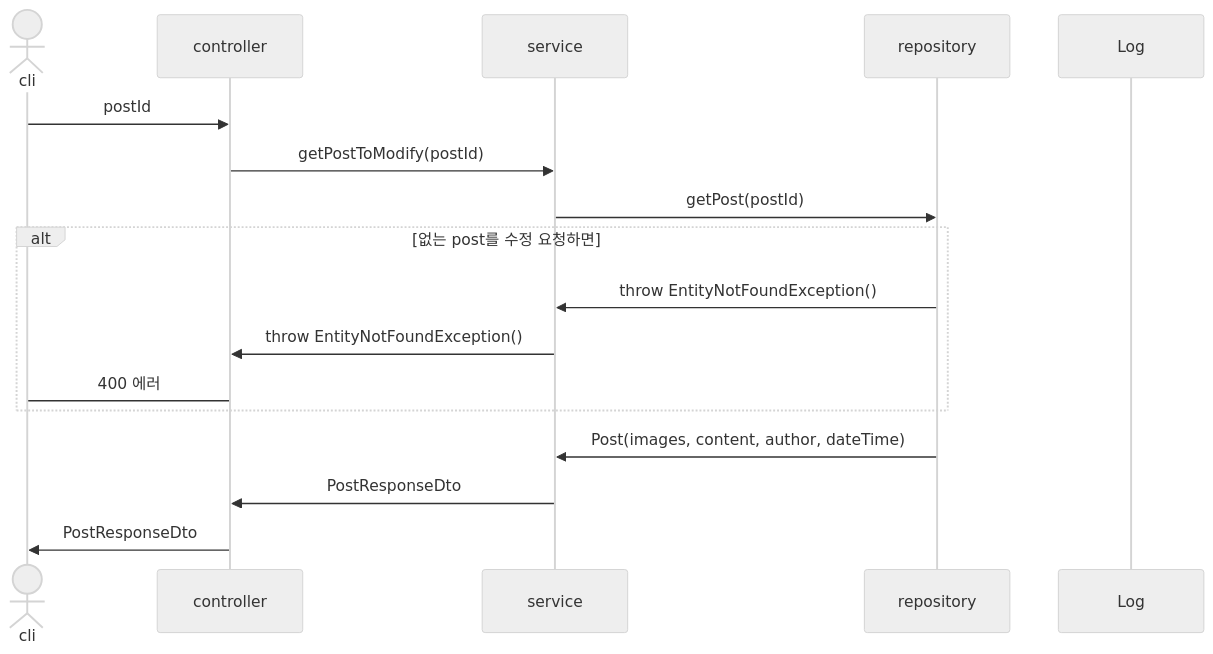
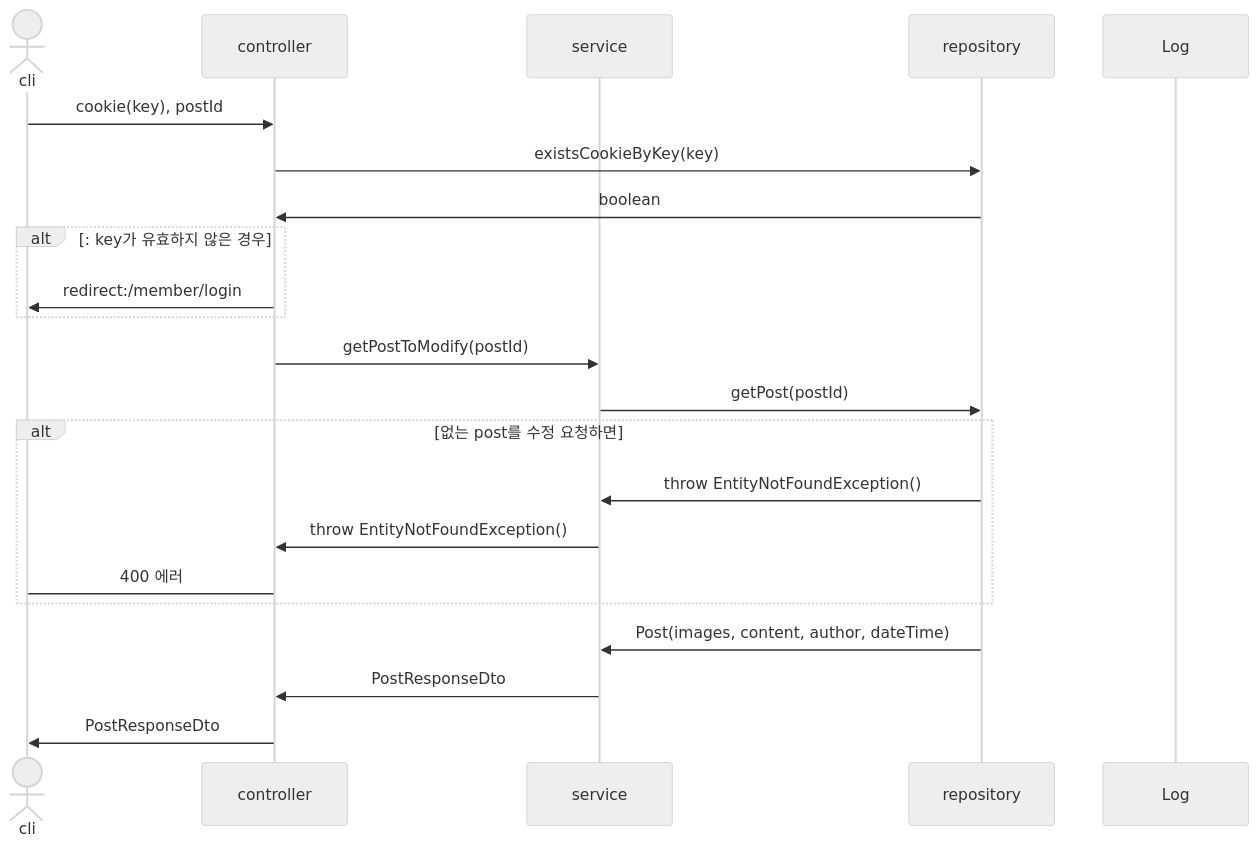
Diagram 18 of 29 in sequence.md (mtak0235/snsX), drawn with Mermaid (neutral theme) before and after one commit. The commit also changed other lines of this file, not shown here.

Commit message:
update updatePostForm & updatePost sequence diagram

````diff
--- a/sequence.md
+++ b/sequence.md
@@ -414,19 +414,25 @@
 ```mermaid
 sequenceDiagram
 actor cli
 participant c as controller
 participant s as service
 participant r as repository
 participant l as Log
-cli->>c: postId
+
+cli->>c: cookie(key), postId
+c->>r: existsCookieByKey(key)
+r->>c: boolean
+alt: key가 유효하지 않은 경우
+c->>cli: redirect:/member/login
+end
 c->>s: getPostToModify(postId)
 s->>r: getPost(postId)
 alt 없는 post를 수정 요청하면
 r->>s: throw EntityNotFoundException()
 s->>c: throw EntityNotFoundException()
 c->cli: 400 에러
 end
 r->>s: Post(images, content, author, dateTime)
 s->>c: PostResponseDto
 c->>cli: PostResponseDto
 ```
````
